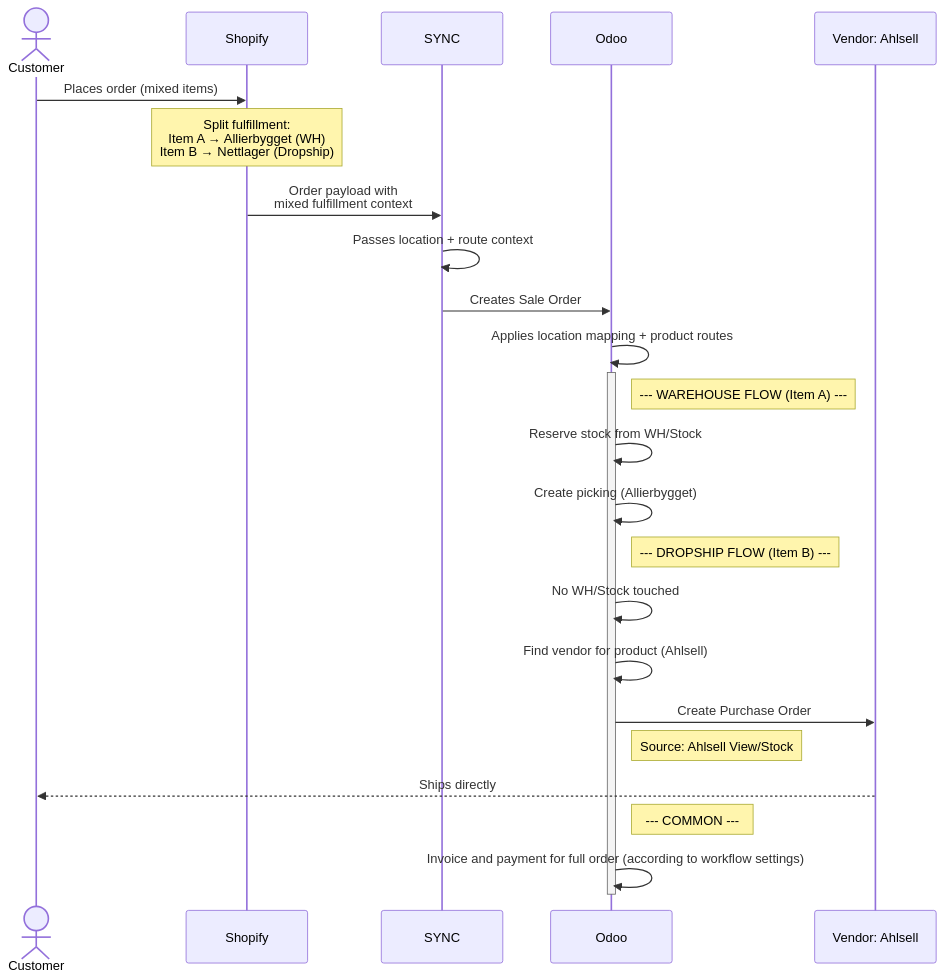
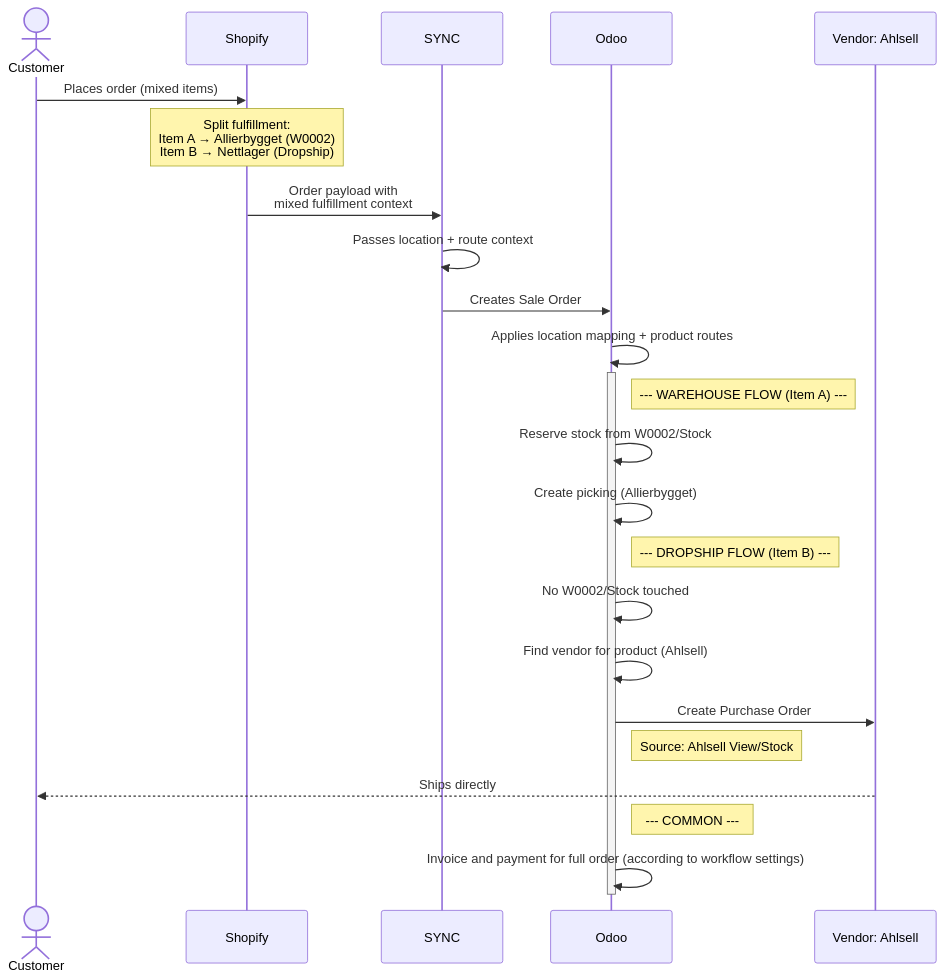
One commit to ozan-droid/documents changed the eighth of 16 diagrams in shopify-sync-odoo-scenarios.md. Above: the diagram before and after it, drawn with Mermaid. The commit also changed other lines of this file, not shown here.

````diff
--- a/shopify-sync-odoo-scenarios.md
+++ b/shopify-sync-odoo-scenarios.md
@@ -353,33 +353,33 @@
 ```mermaid
 sequenceDiagram
     actor Customer
     participant Shopify
     participant SYNC
     participant Odoo
     participant Ahlsell as Vendor: Ahlsell
 
     Customer->>Shopify: Places order (mixed items)
-    Note over Shopify: Split fulfillment:<br/>Item A → Allierbygget (WH)<br/>Item B → Nettlager (Dropship)
+    Note over Shopify: Split fulfillment:<br/>Item A → Allierbygget (W0002)<br/>Item B → Nettlager (Dropship)
 
     Shopify->>SYNC: Order payload with<br/>mixed fulfillment context
 
     SYNC->>SYNC: Passes location + route context
     SYNC->>Odoo: Creates Sale Order
     Odoo->>Odoo: Applies location mapping + product routes
 
     activate Odoo
     Note right of Odoo: --- WAREHOUSE FLOW (Item A) ---
-    Odoo->>Odoo: Reserve stock from WH/Stock
+    Odoo->>Odoo: Reserve stock from W0002/Stock
     Odoo->>Odoo: Create picking (Allierbygget)
 
     Note right of Odoo: --- DROPSHIP FLOW (Item B) ---
-    Odoo->>Odoo: No WH/Stock touched
+    Odoo->>Odoo: No W0002/Stock touched
     Odoo->>Odoo: Find vendor for product (Ahlsell)
     Odoo->>Ahlsell: Create Purchase Order
     Note right of Odoo: Source: Ahlsell View/Stock
     Ahlsell-->>Customer: Ships directly
 
     Note right of Odoo: --- COMMON ---
     Odoo->>Odoo: Invoice and payment for full order (according to workflow settings)
     deactivate Odoo
 ```
````
